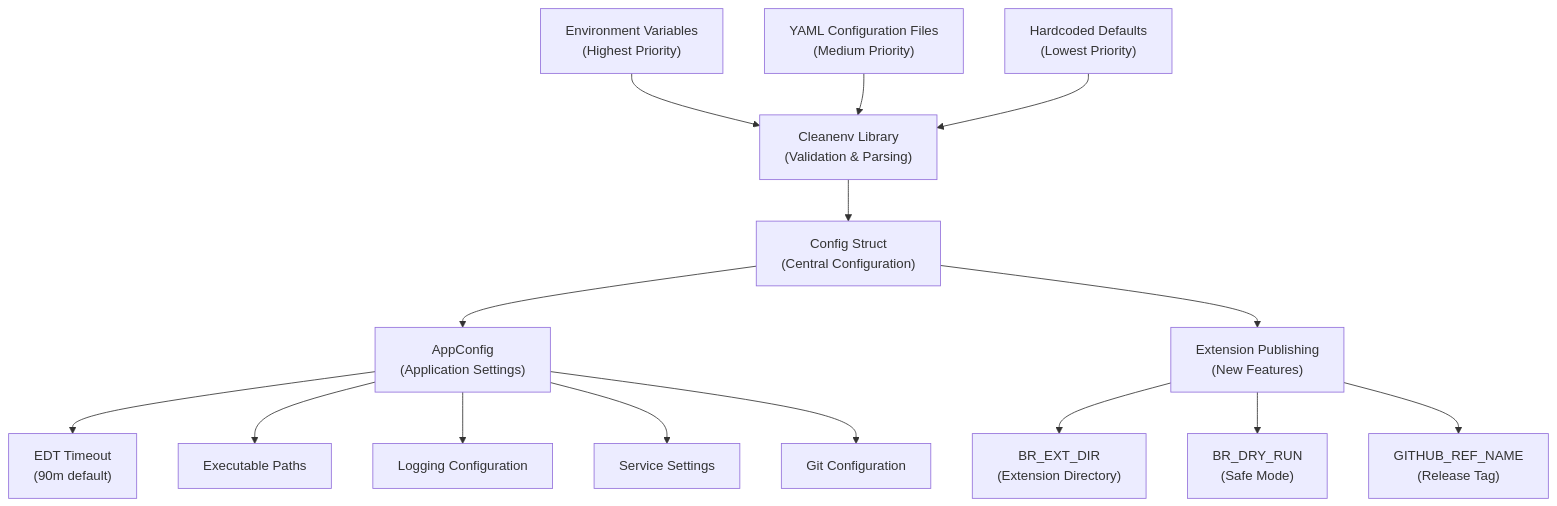
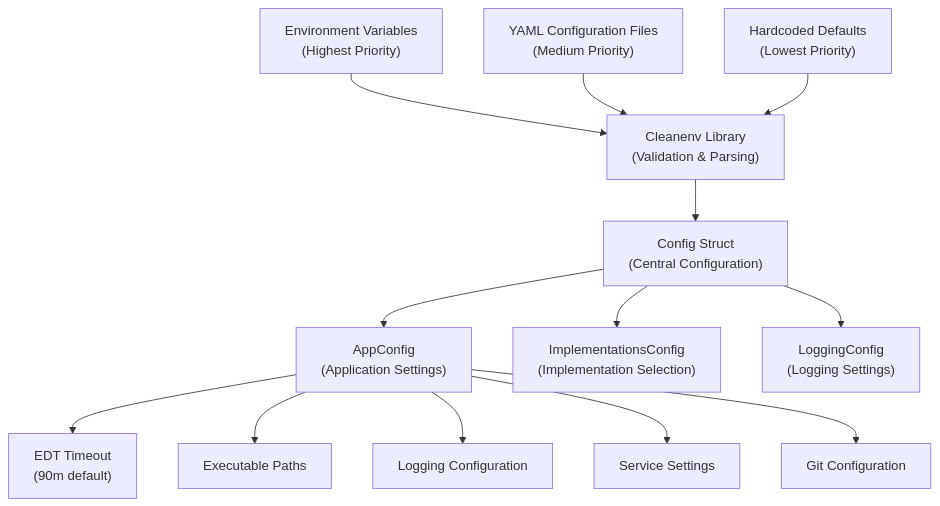
Before and after one commit to Kargones/apk-ci: the first of 5 diagrams in .qoder/repowiki/en/content/Configuration Management/Configuration Management.md, drawn with Mermaid. The commit also changed other lines of this file and 2036 other files, not shown here.

````diff
--- a/.qoder/repowiki/en/content/Configuration Management/Configuration Management.md
+++ b/.qoder/repowiki/en/content/Configuration Management/Configuration Management.md
@@ -55,17 +60,15 @@
 ```mermaid
 flowchart TD
 EnvVars["Environment Variables<br/>(Highest Priority)"] --> CleanEnv["Cleanenv Library<br/>(Validation & Parsing)"]
 YamlFiles["YAML Configuration Files<br/>(Medium Priority)"] --> CleanEnv
 Defaults["Hardcoded Defaults<br/>(Lowest Priority)"] --> CleanEnv
 CleanEnv --> ConfigStruct["Config Struct<br/>(Central Configuration)"]
 ConfigStruct --> AppConfig["AppConfig<br/>(Application Settings)"]
+ConfigStruct --> ImplementationsConfig["ImplementationsConfig<br/>(Implementation Selection)"]
+ConfigStruct --> LoggingConfig["LoggingConfig<br/>(Logging Settings)"]
 AppConfig --> EdtTimeout["EDT Timeout<br/>(90m default)"]
 AppConfig --> Paths["Executable Paths"]
 AppConfig --> Logging["Logging Configuration"]
 AppConfig --> Services["Service Settings"]
 AppConfig --> Git["Git Configuration"]
-ConfigStruct --> ExtensionPublishing["Extension Publishing<br/>(New Features)"]
-ExtensionPublishing --> ExtDir["BR_EXT_DIR<br/>(Extension Directory)"]
-ExtensionPublishing --> DryRun["BR_DRY_RUN<br/>(Safe Mode)"]
-ExtensionPublishing --> ReleaseTag["GITHUB_REF_NAME<br/>(Release Tag)"]
 ```
````
